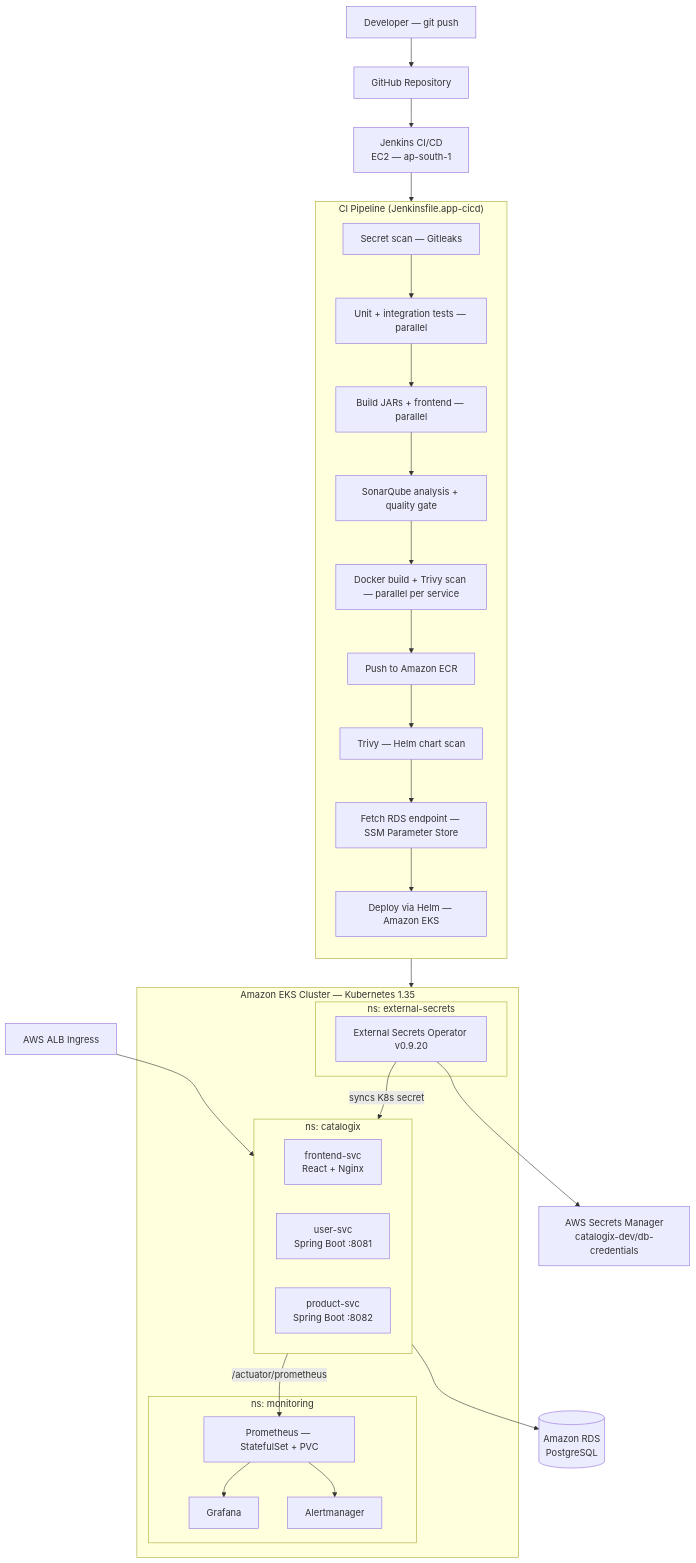
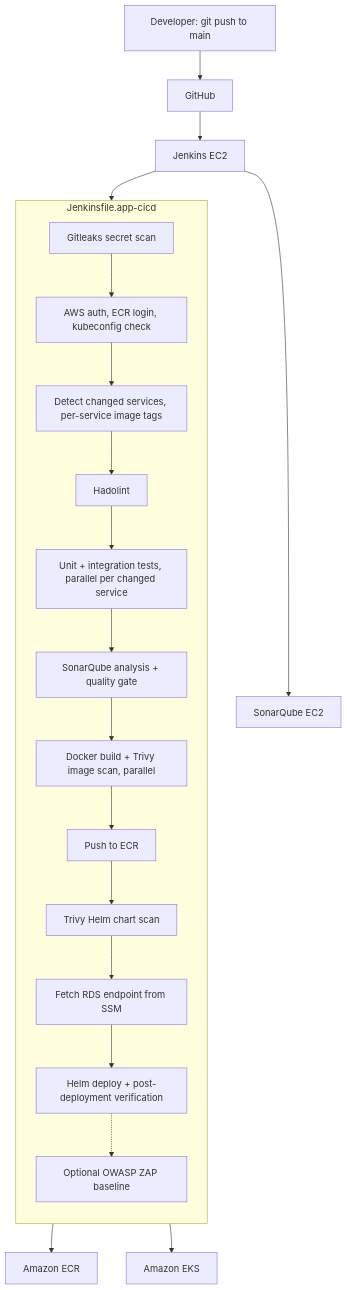
The first of 2 diagrams in README.md (imshubhamkaushik/aws-cicd-devsecops), drawn with Mermaid before and after one commit. The commit also changed other lines of this file and 553 other files, not shown here.

````diff
--- a/README.md
+++ b/README.md
@@ -85,47 +76,27 @@
 ```mermaid
 flowchart TD
-    Dev[Developer — git push] --> GitHub[GitHub Repository]
-    GitHub --> Jenkins[Jenkins CI/CD\nEC2 — ap-south-1]
- 
-    subgraph CI["CI Pipeline (Jenkinsfile.app-cicd)"]
+    Dev[Developer: git push to main] --> GitHub[GitHub]
+    GitHub --> Jenkins[Jenkins EC2]
+
+    subgraph CI["Jenkinsfile.app-cicd"]
         direction TB
-        J1[Secret scan — Gitleaks]
-        J2[Unit + integration tests — parallel]
-        J3[Build JARs + frontend — parallel]
-        J4[SonarQube analysis + quality gate]
-        J5[Docker build + Trivy scan — parallel per service]
-        J6[Push to Amazon ECR]
-        J7[Trivy — Helm chart scan]
-        J8[Fetch RDS endpoint — SSM Parameter Store]
-        J9[Deploy via Helm — Amazon EKS]
-        J1 --> J2 --> J3 --> J4 --> J5 --> J6 --> J7 --> J8 --> J9
+        S1[Gitleaks secret scan]
+        S2[AWS auth, ECR login, kubeconfig check]
+        S3[Detect changed services, per-service image tags]
+        S4[Hadolint]
+        S5[Unit + integration tests, parallel per changed service]
+        S6[SonarQube analysis + quality gate]
+        S7[Docker build + Trivy image scan, parallel]
+        S8[Push to ECR]
+        S9[Trivy Helm chart scan]
+        S10[Fetch RDS endpoint from SSM]
+        S11[Helm deploy + post-deployment verification]
+        S12[Optional OWASP ZAP baseline]
+        S1 --> S2 --> S3 --> S4 --> S5 --> S6 --> S7 --> S8 --> S9 --> S10 --> S11 -.-> S12
     end
- 
+
     Jenkins --> CI
- 
-    subgraph EKS["Amazon EKS Cluster — Kubernetes 1.35"]
-        subgraph AppNS["ns: catalogix"]
-            FE[frontend-svc\nReact + Nginx]
-            US[user-svc\nSpring Boot :8081]
-            PS[product-svc\nSpring Boot :8082]
-        end
-        subgraph MonNS["ns: monitoring"]
-            Prom[Prometheus — StatefulSet + PVC]
-            Graf[Grafana]
-            AM[Alertmanager]
-        end
-        subgraph ESO_NS["ns: external-secrets"]
-            ESO[External Secrets Operator v0.9.20]
-        end
-    end
- 
-    J9 --> EKS
- 
-    ALB[AWS ALB Ingress] --> AppNS
-    AppNS --> RDS[(Amazon RDS\nPostgreSQL)]
-    ESO --> SM[AWS Secrets Manager\ncatalogix-dev/db-credentials]
-    ESO -->|syncs K8s secret| AppNS
-    AppNS -->|/actuator/prometheus| Prom
-    Prom --> Graf
-    Prom --> AM
+    Jenkins --> Sonar[SonarQube EC2]
+    S8 --> ECR[Amazon ECR]
+    S11 --> EKS[Amazon EKS]
 ```
````
